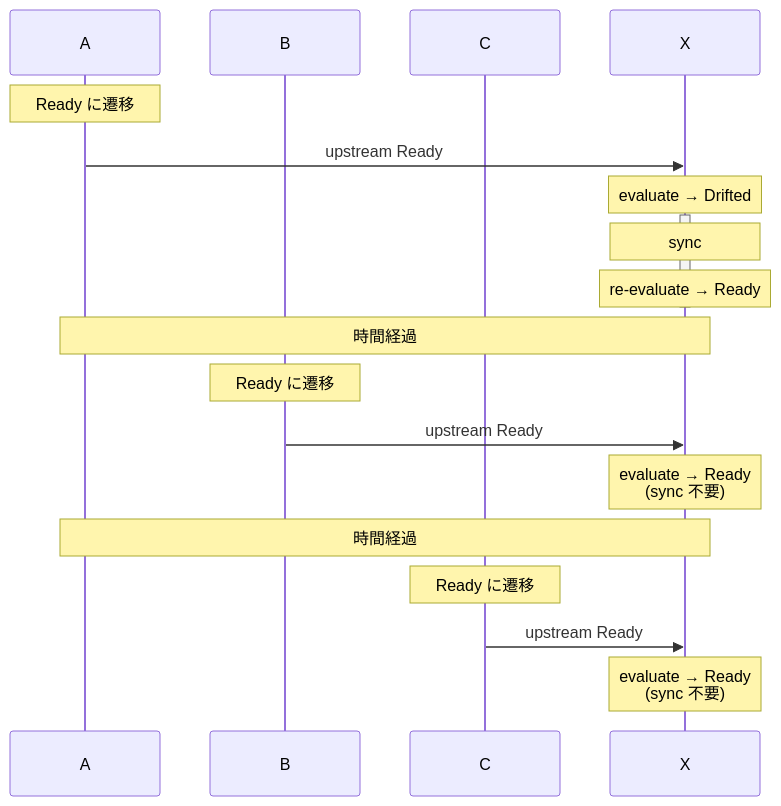
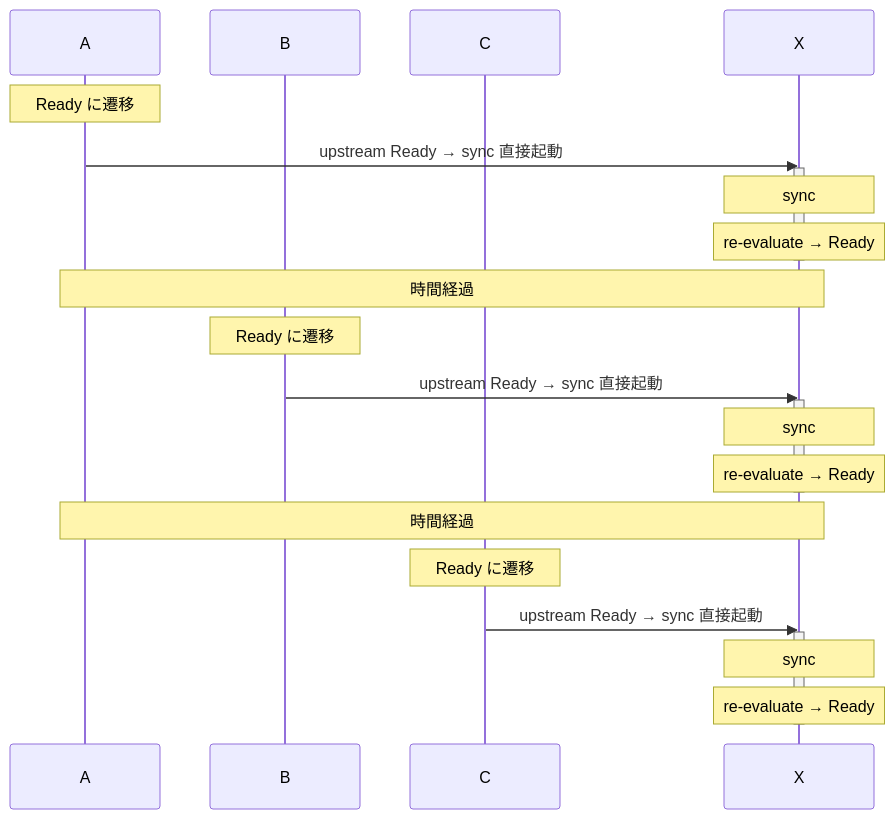
The fifth of 13 diagrams in docs/architecture/serve-scenarios.md (nagi-project/nagi), drawn with Mermaid before and after one commit. The commit also changed other lines of this file and 19 other files, not shown here.

First line of the commit message:
feat: add evaluate/sync concurrency limits per Controller

````diff
--- a/docs/architecture/serve-scenarios.md
+++ b/docs/architecture/serve-scenarios.md
@@ -86,27 +87,32 @@
 ```mermaid
 sequenceDiagram
     participant A
     participant B
     participant C
     participant X
 
     Note over A: Ready に遷移
-    A->>X: upstream Ready
-    Note over X: evaluate → Drifted
+    A->>X: upstream Ready → sync 直接起動
     activate X
     Note over X: sync
     Note over X: re-evaluate → Ready
     deactivate X
 
     Note over A,X: 時間経過
 
     Note over B: Ready に遷移
-    B->>X: upstream Ready
-    Note over X: evaluate → Ready<br>(sync 不要)
+    B->>X: upstream Ready → sync 直接起動
+    activate X
+    Note over X: sync
+    Note over X: re-evaluate → Ready
+    deactivate X
 
     Note over A,X: 時間経過
 
     Note over C: Ready に遷移
-    C->>X: upstream Ready
-    Note over X: evaluate → Ready<br>(sync 不要)
+    C->>X: upstream Ready → sync 直接起動
+    activate X
+    Note over X: sync
+    Note over X: re-evaluate → Ready
+    deactivate X
 ```
````
